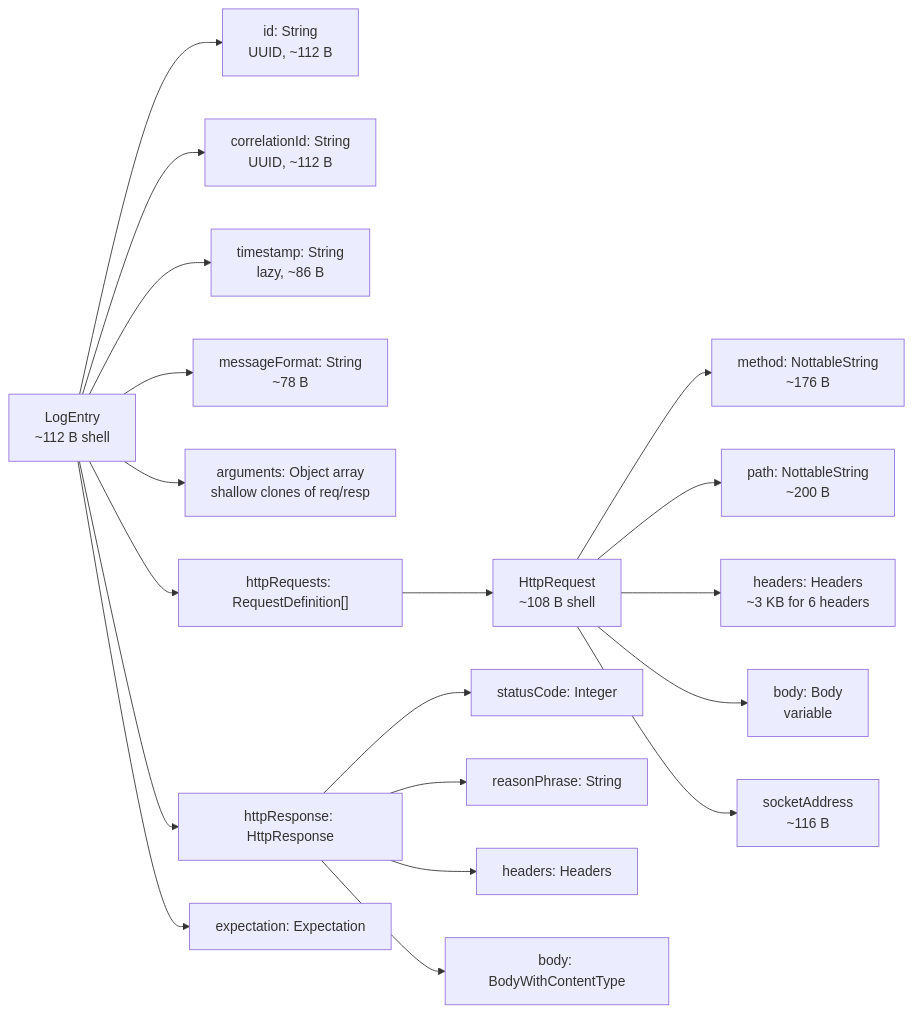
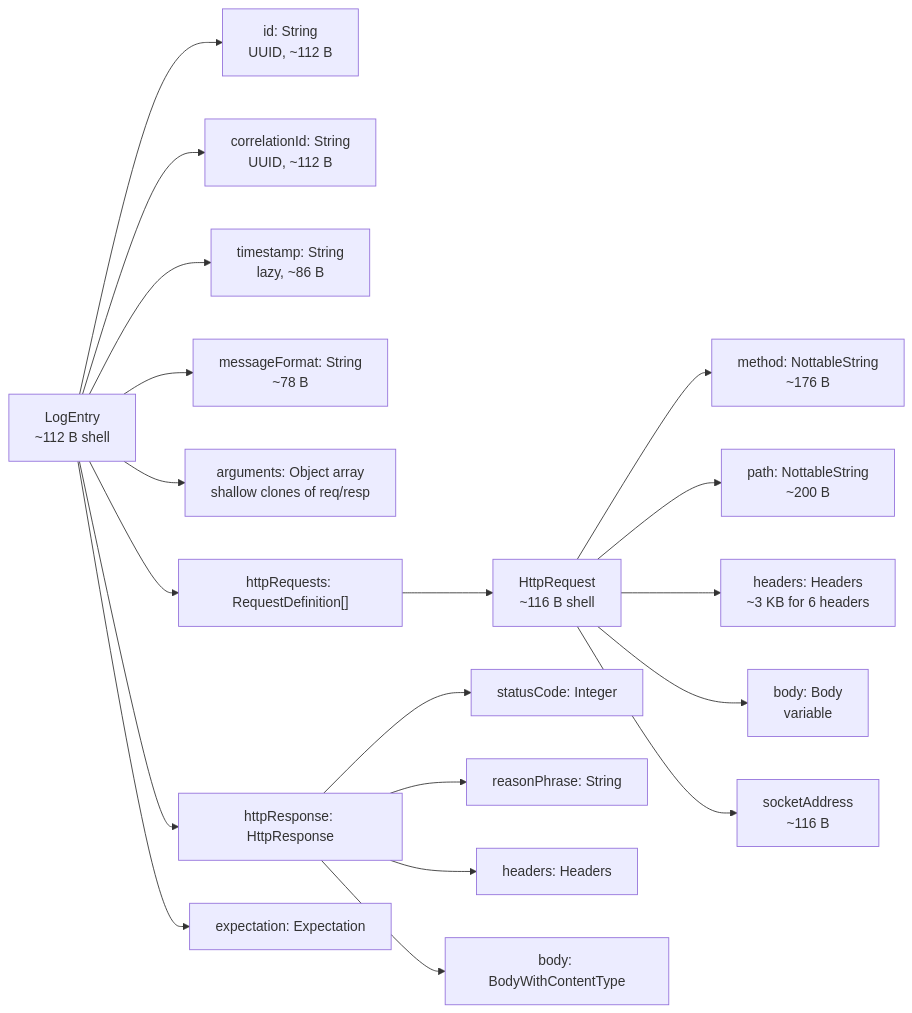
One commit to inspire12/mockserver changed the second of 2 diagrams in docs/code/memory-management.md. Above: the diagram before and after it, drawn with Mermaid. The commit also changed other lines of this file and 36 other files, not shown here.

````diff
--- a/docs/code/memory-management.md
+++ b/docs/code/memory-management.md
@@ -346,36 +346,36 @@
 ```mermaid
 graph LR
     LE["LogEntry
     ~112 B shell"]
     LE --> ID["id: String
     UUID, ~112 B"]
     LE --> CID["correlationId: String
     UUID, ~112 B"]
     LE --> TS["timestamp: String
     lazy, ~86 B"]
     LE --> MF["messageFormat: String
     ~78 B"]
     LE --> ARGS["arguments: Object array
     shallow clones of req/resp"]
     LE --> REQ["httpRequests: RequestDefinition[]"]
     LE --> RESP[httpResponse: HttpResponse]
     LE --> EXP[expectation: Expectation]
 
     REQ --> HR["HttpRequest
-    ~108 B shell"]
+    ~116 B shell"]
     HR --> METHOD["method: NottableString
     ~176 B"]
     HR --> PATH["path: NottableString
     ~200 B"]
     HR --> HDRS["headers: Headers
     ~3 KB for 6 headers"]
     HR --> BODY["body: Body
     variable"]
     HR --> SA["socketAddress
     ~116 B"]
 
     RESP --> SC[statusCode: Integer]
     RESP --> RP[reasonPhrase: String]
     RESP --> RHDRS[headers: Headers]
     RESP --> RBODY[body: BodyWithContentType]
 ```
````
